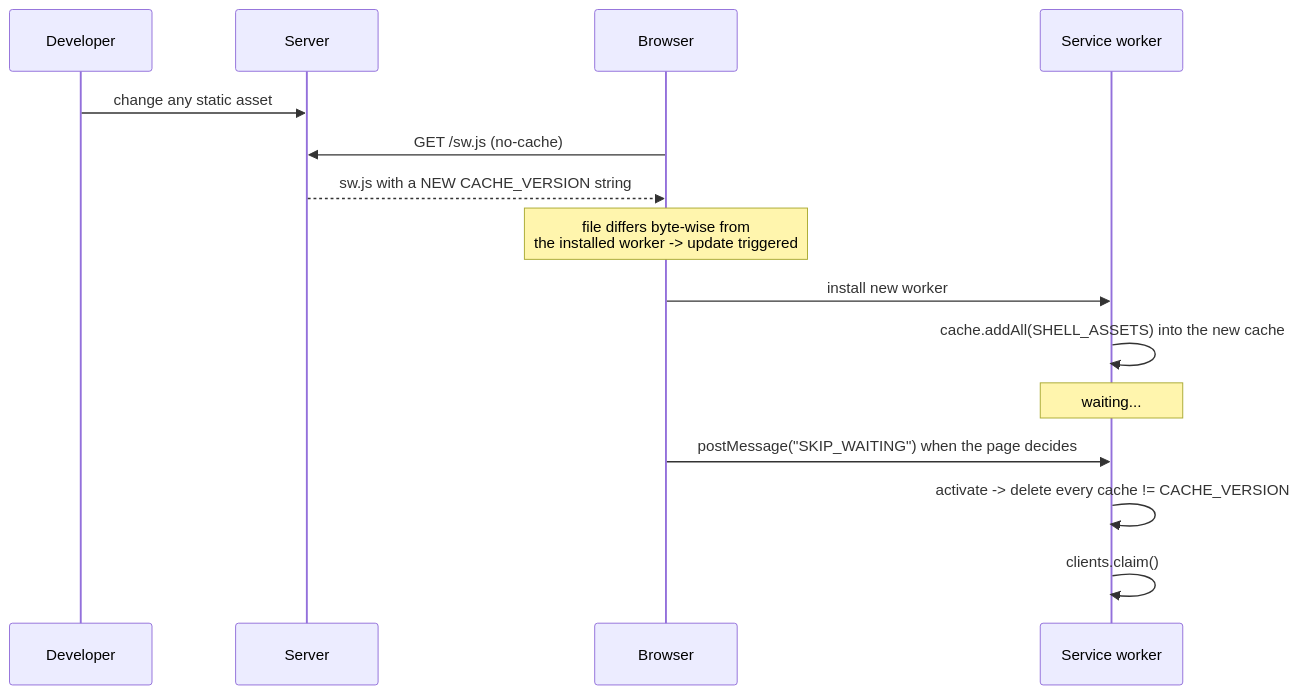
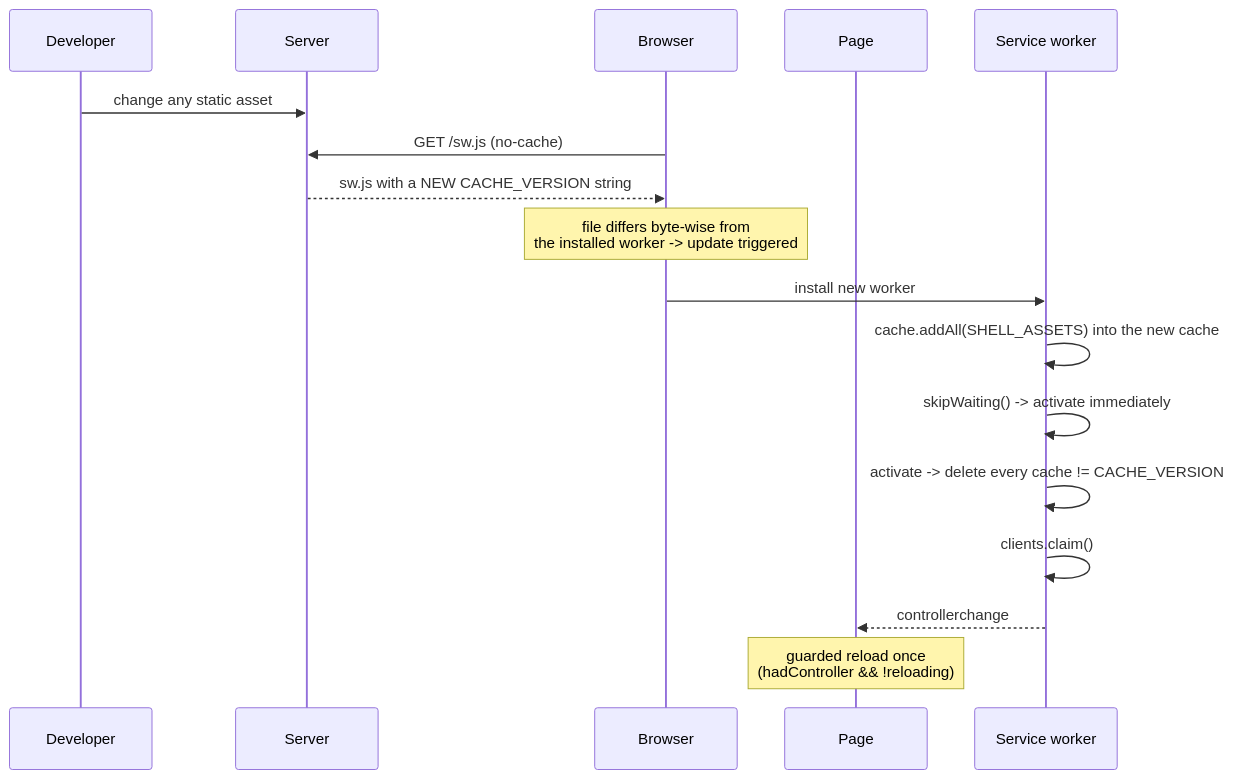
One commit to mortenoh/lockbox changed the second of 2 diagrams in docs/design/service-worker.md. Above: the diagram before and after it, drawn with Mermaid. The commit also changed other lines of this file and 3 other files, not shown here.

````diff
--- a/docs/design/service-worker.md
+++ b/docs/design/service-worker.md
@@ -168,18 +168,20 @@
 ```mermaid
 sequenceDiagram
     participant D as Developer
     participant S as Server
     participant B as Browser
+    participant P as Page
     participant SW as Service worker
 
     D->>S: change any static asset
     B->>S: GET /sw.js (no-cache)
     S-->>B: sw.js with a NEW CACHE_VERSION string
     Note over B: file differs byte-wise from<br/>the installed worker -> update triggered
     B->>SW: install new worker
     SW->>SW: cache.addAll(SHELL_ASSETS) into the new cache
-    Note over SW: waiting...
-    B->>SW: postMessage("SKIP_WAITING") when the page decides
+    SW->>SW: skipWaiting() -> activate immediately
     SW->>SW: activate -> delete every cache != CACHE_VERSION
     SW->>SW: clients.claim()
+    SW-->>P: controllerchange
+    Note over P: guarded reload once<br/>(hadController && !reloading)
 ```
````
